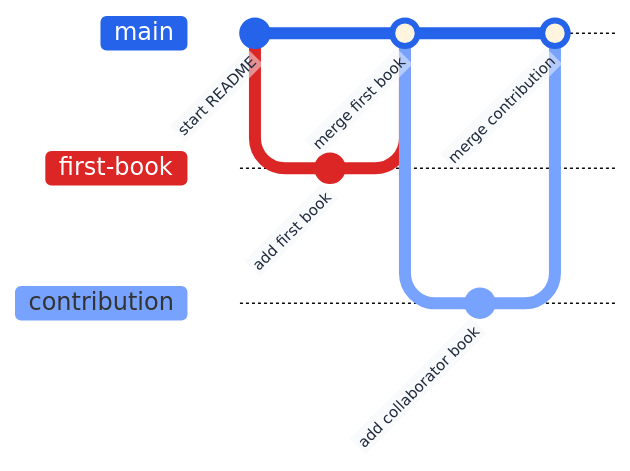
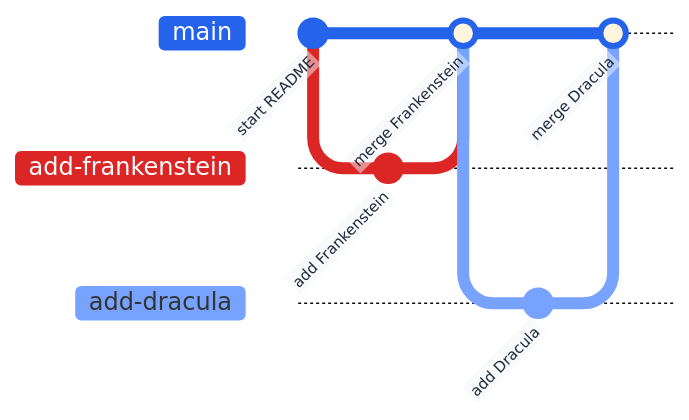
The fifth of 5 diagrams in sessions/version-control.qmd (oist/gecs), drawn with Mermaid before and after one commit. The commit also changed other lines of this file and 2 other files, not shown here.

Commit message:
docs(vc): rename session to Collaboration with Git and GitHub and add closed-loop gitGraph

````diff
--- a/sessions/version-control.qmd
+++ b/sessions/version-control.qmd
@@ -520,15 +533,15 @@
 ```{mermaid}
 %%{init: { "theme": "base", "themeVariables": { "git0": "#2563eb", "git1": "#dc2626", "gitBranchLabel0": "#ffffff", "gitBranchLabel1": "#ffffff", "commitLabelColor": "#1e293b", "commitLabelBackground": "#f1f5f9" } } }%%
 gitGraph
    commit id: "start README"
-   branch first-book
-   checkout first-book
-   commit id: "add first book"
+   branch add-frankenstein
+   checkout add-frankenstein
+   commit id: "add Frankenstein"
    checkout main
-   merge first-book id: "merge first book"
-   branch contribution
-   checkout contribution
-   commit id: "add collaborator book"
+   merge add-frankenstein id: "merge Frankenstein"
+   branch add-dracula
+   checkout add-dracula
+   commit id: "add Dracula"
    checkout main
-   merge contribution id: "merge contribution"
+   merge add-dracula id: "merge Dracula"
 ```
````
